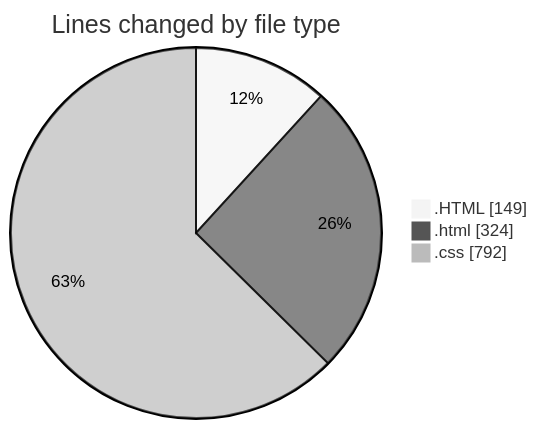
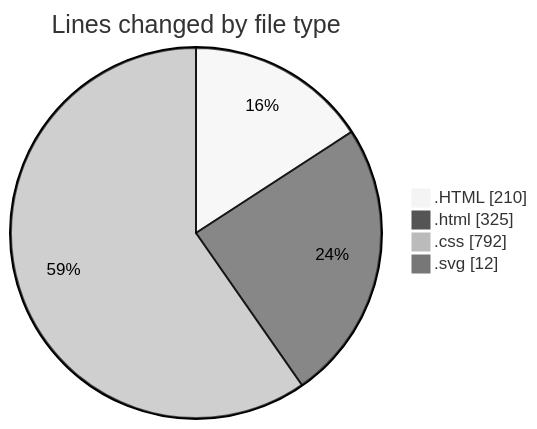
One commit to Unknowalive/code-tracking changed the first of 2 diagrams in 2026-09-03/web_tec_2026/README.md. Above: the diagram before and after it, drawn with Mermaid (neutral theme). The commit also changed other lines of this file and 1 other file, not shown here.

````diff
--- a/2026-09-03/web_tec_2026/README.md
+++ b/2026-09-03/web_tec_2026/README.md
@@ -26,7 +29,8 @@
 ```mermaid
 pie showData
 title Lines changed by file type
-".HTML" : 149
-".html" : 324
+".HTML" : 210
+".html" : 325
 ".css" : 792
+".svg" : 12
 ```
````
